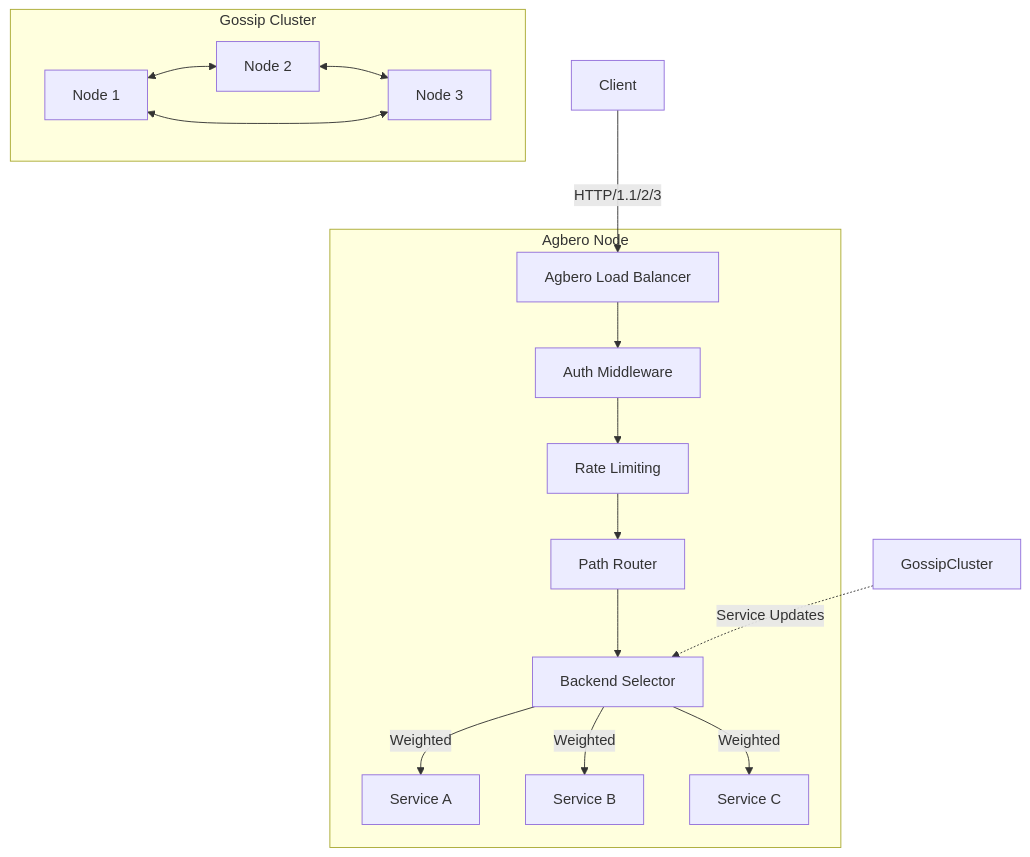
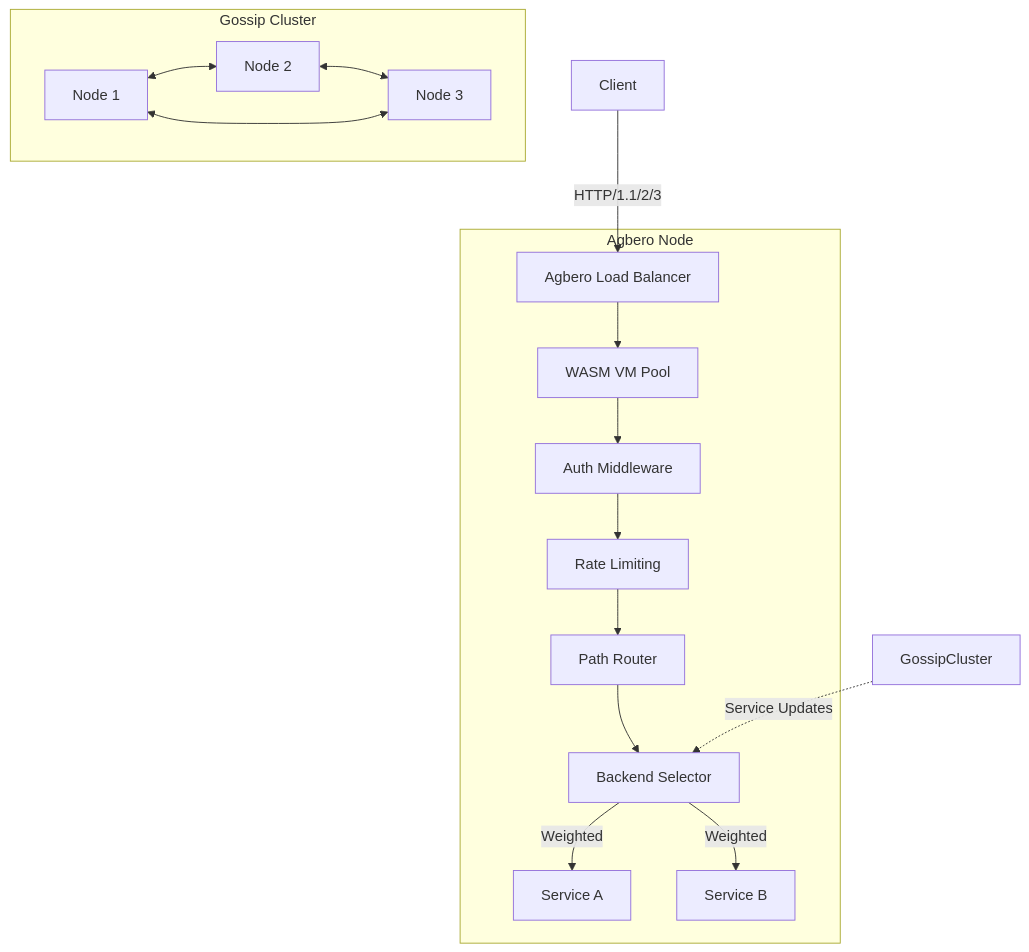
Before and after one commit to agberohq/agbero: the diagram in README.md, drawn with Mermaid. The commit also changed other lines of this file and 3 other files, not shown here.

````diff
--- a/README.md
+++ b/README.md
@@ -117,23 +146,23 @@
 ```mermaid
 graph TB
     Client[Client] -->|HTTP/1.1/2/3| LB[Agbero Load Balancer]
     
     subgraph "Agbero Node"
-        LB --> Auth[Auth Middleware]
+        LB --> Wasm[WASM VM Pool]
+        Wasm --> Auth[Auth Middleware]
         Auth --> RateLimit[Rate Limiting]
         RateLimit --> Router[Path Router]
         Router --> BackendSelector[Backend Selector]
         
         BackendSelector -->|Weighted| Backend1[Service A]
         BackendSelector -->|Weighted| Backend2[Service B]
-        BackendSelector -->|Weighted| Backend3[Service C]
     end
     
     subgraph "Gossip Cluster"
         Node1[Node 1] <--> Node2[Node 2]
         Node2 <--> Node3[Node 3]
         Node3 <--> Node1
     end
     
     GossipCluster -.->|Service Updates| BackendSelector
 ```
````
